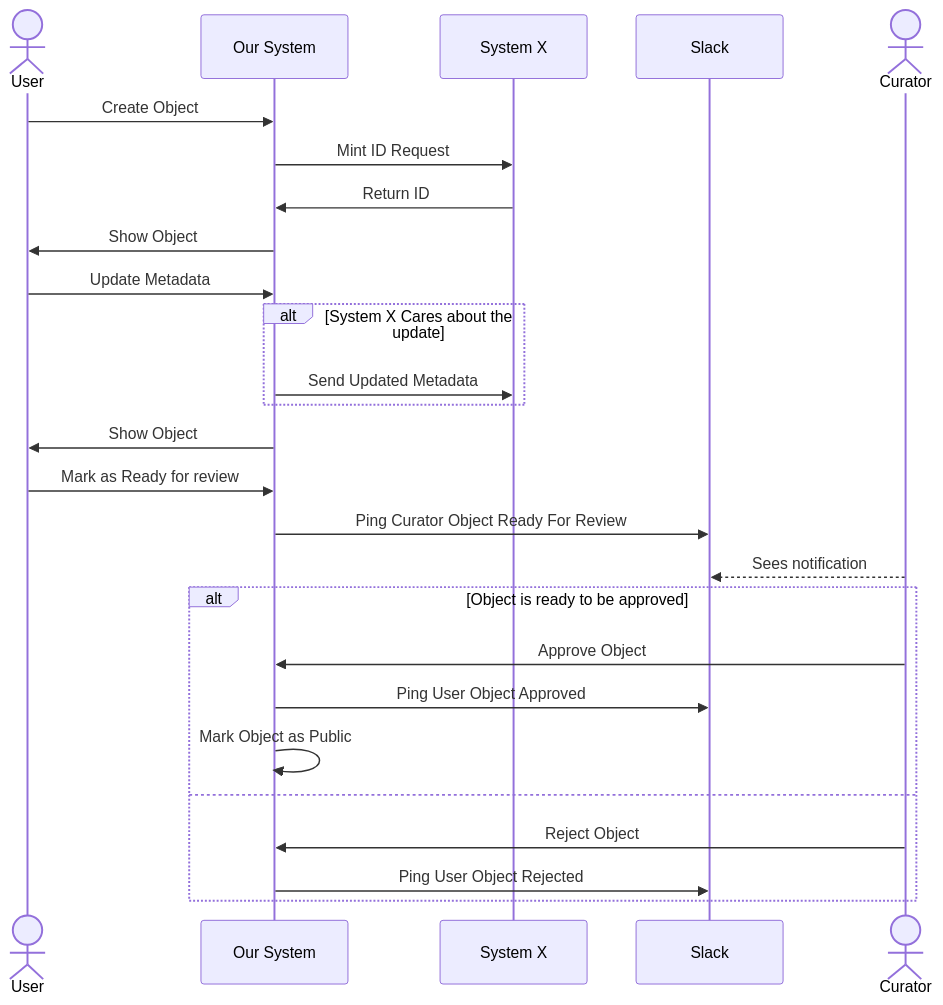
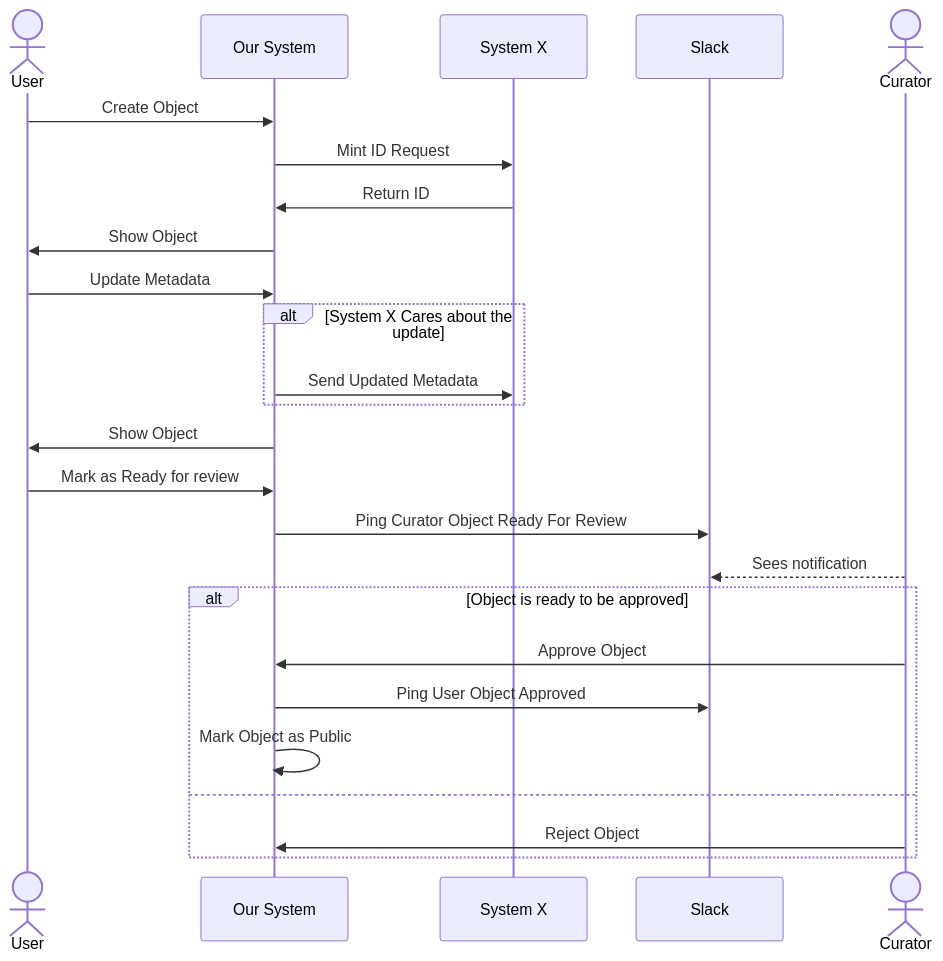
Before and after one commit to carolyncole/i_love_mermaid: the diagram in each-requirement/flow-diagram-e.md, drawn with Mermaid.

Commit message:
Remove ping, we are going to discuss that next

````diff
--- a/each-requirement/flow-diagram-e.md
+++ b/each-requirement/flow-diagram-e.md
@@ -8,28 +8,27 @@
 ```mermaid
 sequenceDiagram
 actor u as User
 participant os as Our System
 participant x as System X
 participant s as Slack
 actor c as Curator
 u->>os: Create Object
 os->>x: Mint ID Request
 x->>os: Return ID
 os->>u: Show Object
 u->>os: Update Metadata
 alt System X Cares about the update
   os->>x: Send Updated Metadata
 end
 os->>u: Show Object
 u->>os: Mark as Ready for review
 os->>s: Ping Curator Object Ready For Review
 c-->>s: Sees notification
 alt Object is ready to be approved
   c->>os: Approve Object
   os->>s: Ping User Object Approved
   os->>os: Mark Object as Public
 else
   c->>os: Reject Object
-  os->>s: Ping User Object Rejected
 end
 ```
````
